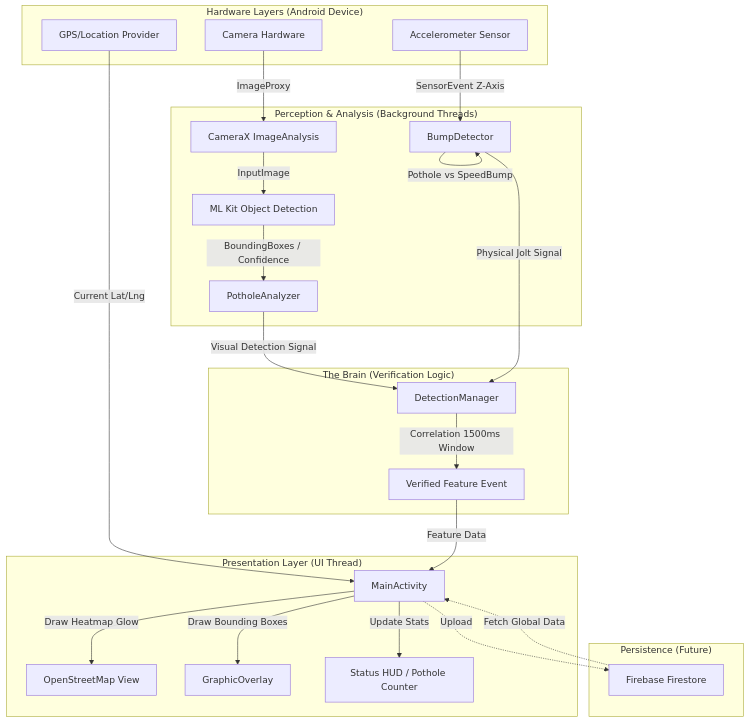
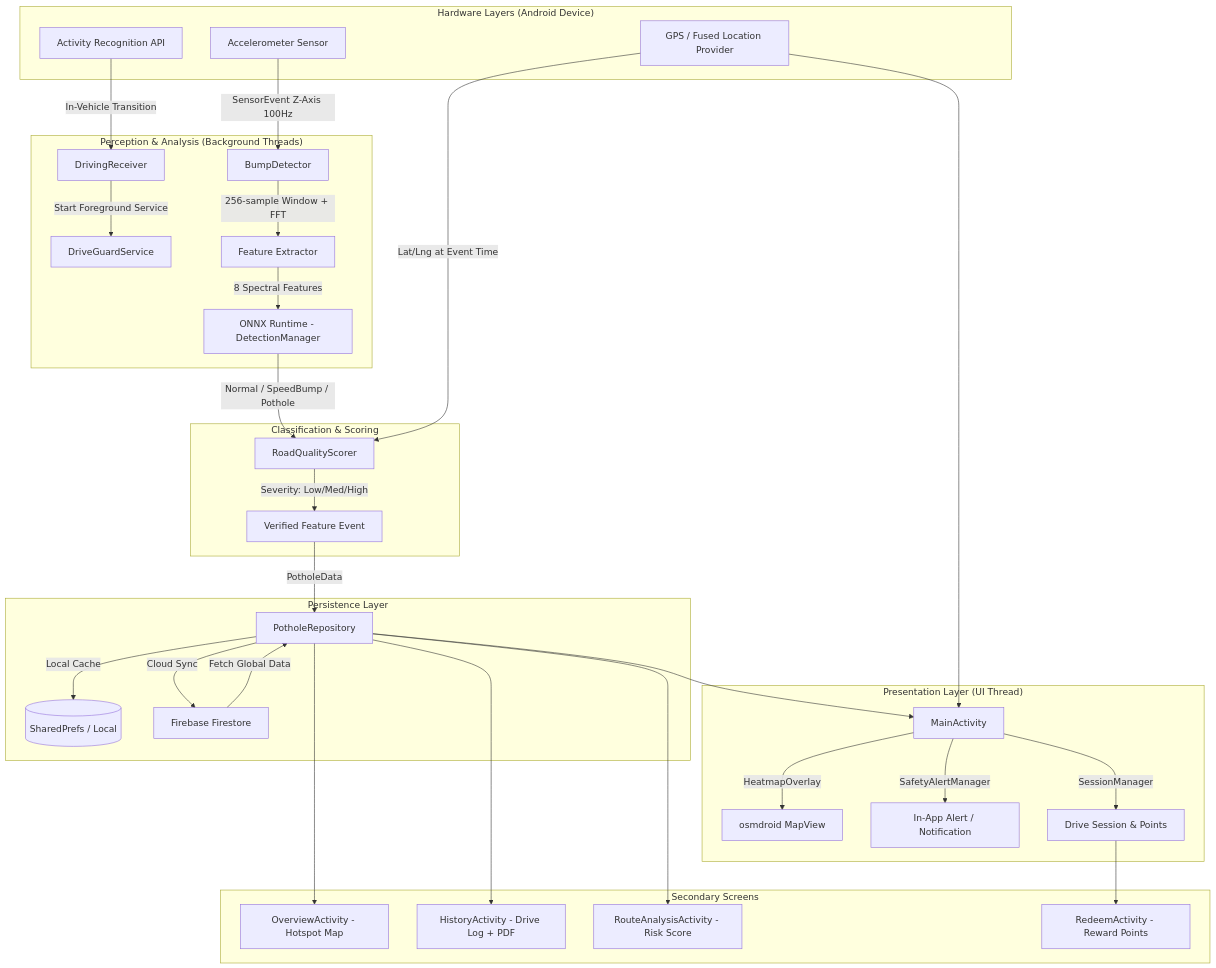
The diagram in ARCHITECTURE_DIAGRAM.md (BhuvanSharma02/Roadwise), drawn with Mermaid before and after one commit. The commit also changed other lines of this file and 6 other files, not shown here.

````diff
--- a/ARCHITECTURE_DIAGRAM.md
+++ b/ARCHITECTURE_DIAGRAM.md
@@ -3,38 +3,45 @@
 ```mermaid
 graph TD
     subgraph "Hardware Layers (Android Device)"
-        CAM[Camera Hardware]
         ACC[Accelerometer Sensor]
-        GPS[GPS/Location Provider]
+        GPS[GPS / Fused Location Provider]
+        ACT[Activity Recognition API]
     end
 
     subgraph "Perception & Analysis (Background Threads)"
-        CAM -->|ImageProxy| CX[CameraX ImageAnalysis]
-        CX -->|InputImage| MLK[ML Kit Object Detection]
-        MLK -->|BoundingBoxes / Confidence| PA[PotholeAnalyzer]
-        
-        ACC -->|SensorEvent Z-Axis| BD[BumpDetector]
-        BD -->|Pothole vs SpeedBump| BD
+        ACT -->|In-Vehicle Transition| DR[DrivingReceiver]
+        DR -->|Start Foreground Service| DGS[DriveGuardService]
+
+        ACC -->|SensorEvent Z-Axis 100Hz| BD[BumpDetector]
+        BD -->|256-sample Window + FFT| FE[Feature Extractor]
+        FE -->|8 Spectral Features| ONNX[ONNX Runtime - DetectionManager]
     end
 
-    subgraph "The Brain (Verification Logic)"
-        PA -->|Visual Detection Signal| DM[DetectionManager]
-        BD -->|Physical Jolt Signal| DM
-        
-        DM -->|Correlation 1500ms Window| VF[Verified Feature Event]
+    subgraph "Classification & Scoring"
+        ONNX -->|Normal / SpeedBump / Pothole| RQS[RoadQualityScorer]
+        GPS -->|Lat/Lng at Event Time| RQS
+        RQS -->|Severity: Low/Med/High| EVT[Verified Feature Event]
+    end
+
+    subgraph "Persistence Layer"
+        EVT -->|PotholeData| PR[PotholeRepository]
+        PR -->|Local Cache| LOCAL[(SharedPrefs / Local)]
+        PR -->|Cloud Sync| FB[Firebase Firestore]
+        FB -->|Fetch Global Data| PR
     end
 
     subgraph "Presentation Layer (UI Thread)"
-        GPS -->|Current Lat/Lng| MA[MainActivity]
-        VF -->|Feature Data| MA
-        
-        MA -->|Draw Heatmap Glow| OSM[OpenStreetMap View]
-        MA -->|Draw Bounding Boxes| GO[GraphicOverlay]
-        MA -->|Update Stats| HUD[Status HUD / Pothole Counter]
+        GPS --> MA[MainActivity]
+        PR --> MA
+        MA -->|HeatmapOverlay| OSM[osmdroid MapView]
+        MA -->|SafetyAlertManager| ALERT[In-App Alert / Notification]
+        MA -->|SessionManager| SM[Drive Session & Points]
     end
 
-    subgraph "Persistence (Future)"
-        MA -.->|Upload| FB[Firebase Firestore]
-        FB -.->|Fetch Global Data| MA
+    subgraph "Secondary Screens"
+        PR --> OV[OverviewActivity - Hotspot Map]
+        PR --> HI[HistoryActivity - Drive Log + PDF]
+        PR --> RA[RouteAnalysisActivity - Risk Score]
+        SM --> RD[RedeemActivity - Reward Points]
     end
 ```
````
